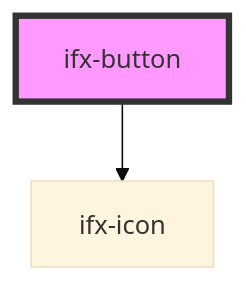
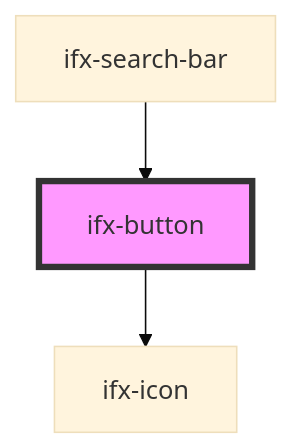
Before and after one commit to Infineon/infineon-design-system-stencil: the diagram in src/components/button/readme.md, drawn with Mermaid (base theme). The commit also changed other lines of this file and 7 other files, not shown here.

Commit message:
search-bar button and test added

````diff
--- a/src/components/button/readme.md
+++ b/src/components/button/readme.md
@@ -42,5 +46,6 @@
 ```mermaid
 graph TD;
   ifx-button --> ifx-icon
+  ifx-search-bar --> ifx-button
   style ifx-button fill:#f9f,stroke:#333,stroke-width:4px
 ```
````
